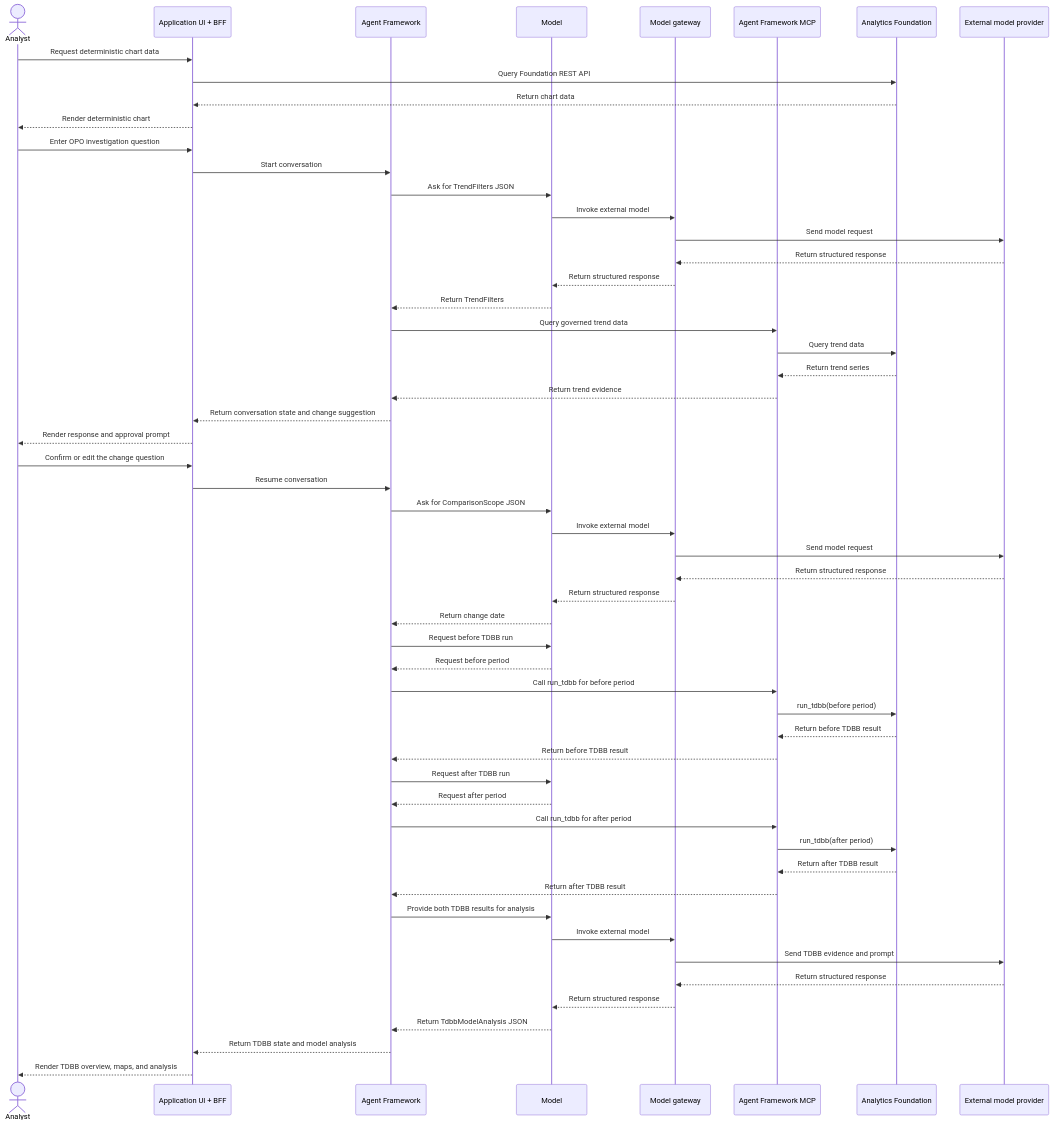
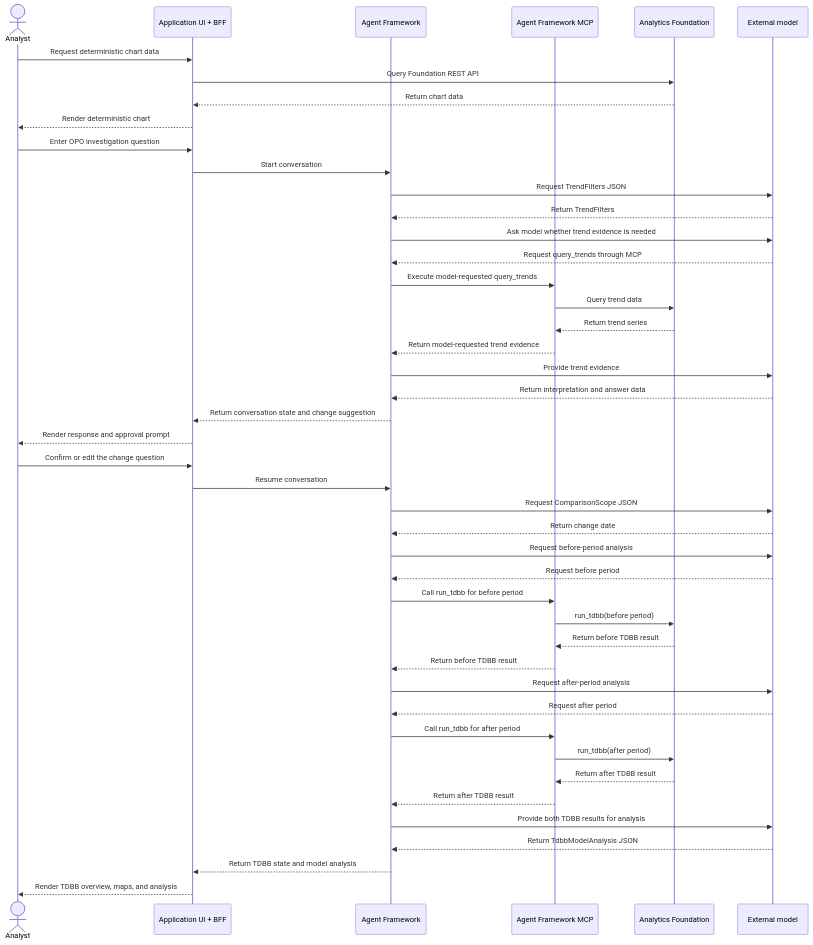
Before and after one commit to girishchanderkalia/analytics-agent-fwk: the diagram in agents/opo-monitoring-v4/workflow-overview.md, drawn with Mermaid. The commit also changed other lines of this file, not shown here.

Commit message:
correction to the document

````diff
--- a/agents/opo-monitoring-v4/workflow-overview.md
+++ b/agents/opo-monitoring-v4/workflow-overview.md
@@ -22,60 +22,50 @@
 ```mermaid
 sequenceDiagram
   actor Analyst
   participant App as Application UI + BFF
   participant Runtime as Agent Framework
-  participant Model as Model
-  participant Gateway as Model gateway
   participant MCP as Agent Framework MCP
   participant Foundation as Analytics Foundation
-  participant External as External model provider
+  participant External as External model
 
   Analyst->>App: Request deterministic chart data
   App->>Foundation: Query Foundation REST API
   Foundation-->>App: Return chart data
   App-->>Analyst: Render deterministic chart
 
   Analyst->>App: Enter OPO investigation question
   App->>Runtime: Start conversation
-  Runtime->>Model: Ask for TrendFilters JSON
-  Model->>Gateway: Invoke external model
-  Gateway->>External: Send model request
-  External-->>Gateway: Return structured response
-  Gateway-->>Model: Return structured response
-  Model-->>Runtime: Return TrendFilters
-  Runtime->>MCP: Query governed trend data
+  Runtime->>External: Request TrendFilters JSON
+  External-->>Runtime: Return TrendFilters
+  Runtime->>External: Ask model whether trend evidence is needed
+  External-->>Runtime: Request query_trends through MCP
+  Runtime->>MCP: Execute model-requested query_trends
   MCP->>Foundation: Query trend data
   Foundation-->>MCP: Return trend series
-  MCP-->>Runtime: Return trend evidence
+  MCP-->>Runtime: Return model-requested trend evidence
+  Runtime->>External: Provide trend evidence
+  External-->>Runtime: Return interpretation and answer data
   Runtime-->>App: Return conversation state and change suggestion
   App-->>Analyst: Render response and approval prompt
 
   Analyst->>App: Confirm or edit the change question
   App->>Runtime: Resume conversation
-  Runtime->>Model: Ask for ComparisonScope JSON
-  Model->>Gateway: Invoke external model
-  Gateway->>External: Send model request
-  External-->>Gateway: Return structured response
-  Gateway-->>Model: Return structured response
-  Model-->>Runtime: Return change date
-  Runtime->>Model: Request before TDBB run
-  Model-->>Runtime: Request before period
+  Runtime->>External: Request ComparisonScope JSON
+  External-->>Runtime: Return change date
+  Runtime->>External: Request before-period analysis
+  External-->>Runtime: Request before period
   Runtime->>MCP: Call run_tdbb for before period
   MCP->>Foundation: run_tdbb(before period)
   Foundation-->>MCP: Return before TDBB result
   MCP-->>Runtime: Return before TDBB result
-  Runtime->>Model: Request after TDBB run
-  Model-->>Runtime: Request after period
+  Runtime->>External: Request after-period analysis
+  External-->>Runtime: Request after period
   Runtime->>MCP: Call run_tdbb for after period
   MCP->>Foundation: run_tdbb(after period)
   Foundation-->>MCP: Return after TDBB result
   MCP-->>Runtime: Return after TDBB result
-  Runtime->>Model: Provide both TDBB results for analysis
-  Model->>Gateway: Invoke external model
-  Gateway->>External: Send TDBB evidence and prompt
-  External-->>Gateway: Return structured response
-  Gateway-->>Model: Return structured response
-  Model-->>Runtime: Return TdbbModelAnalysis JSON
+  Runtime->>External: Provide both TDBB results for analysis
+  External-->>Runtime: Return TdbbModelAnalysis JSON
   Runtime-->>App: Return TDBB state and model analysis
   App-->>Analyst: Render TDBB overview, maps, and analysis
 ```
````
